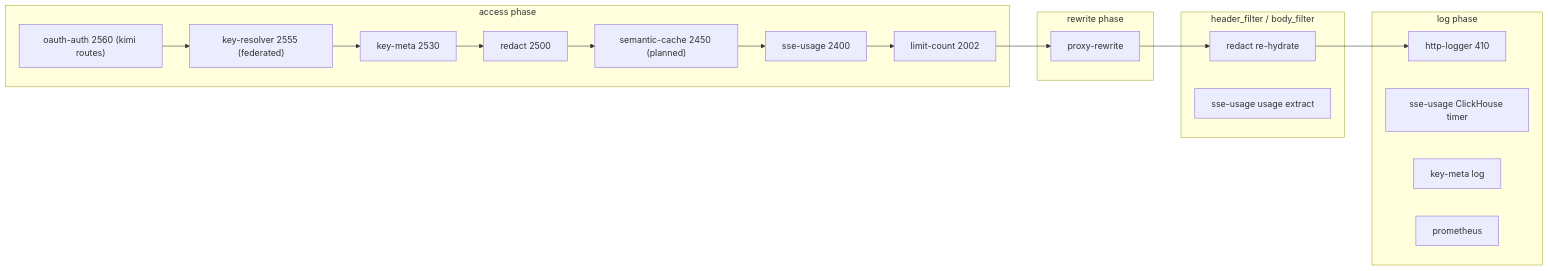
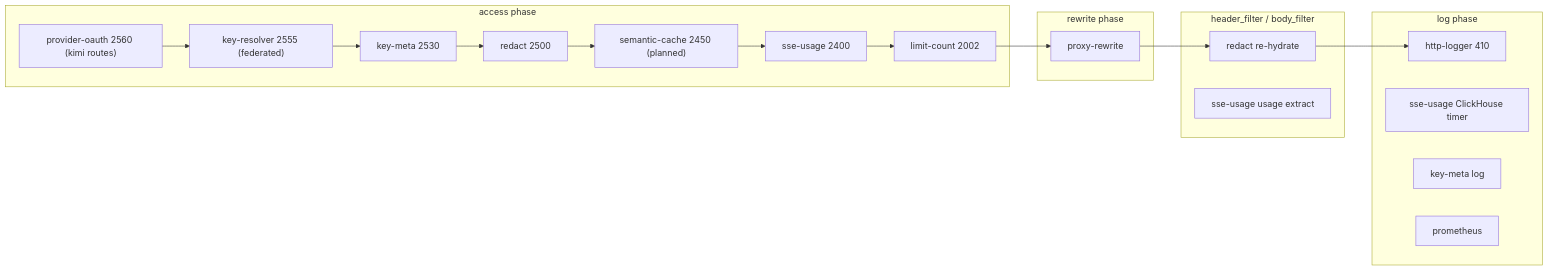
The diagram in docs/architecture/PLUGIN-PIPELINE.md (Independent-AI-Labs/WORKSPACE-GATEWAY), drawn with Mermaid before and after one commit. The commit also changed other lines of this file and 67 other files, not shown here.

````diff
--- a/docs/architecture/PLUGIN-PIPELINE.md
+++ b/docs/architecture/PLUGIN-PIPELINE.md
@@ -11,26 +11,26 @@
 ```mermaid
 graph LR
     subgraph access [access phase]
-        KA["oauth-auth 2560 (kimi routes)"]
+        KA["provider-oauth 2560 (kimi routes)"]
         KR["key-resolver 2555 (federated)"]
         KM["key-meta 2530"]
         RD["redact 2500"]
         SC["semantic-cache 2450 (planned)"]
         SU0["sse-usage 2400"]
         LC["limit-count 2002"]
     end
     subgraph rewrite [rewrite phase]
         PRW["proxy-rewrite"]
     end
     subgraph header_body [header_filter / body_filter]
         RD2["redact re-hydrate"]
         SU["sse-usage usage extract"]
     end
     subgraph log [log phase]
         HL["http-logger 410"]
         SU2["sse-usage ClickHouse timer"]
         KM2["key-meta log"]
         PM["prometheus"]
     end
     KA --> KR --> KM --> RD --> SC --> SU0 --> LC --> PRW --> RD2 --> HL
 ```
````
